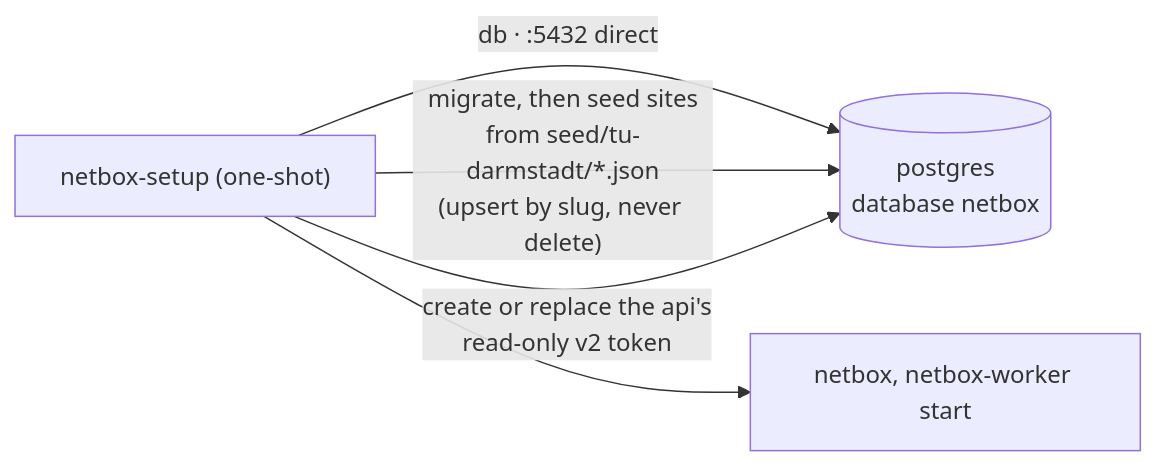
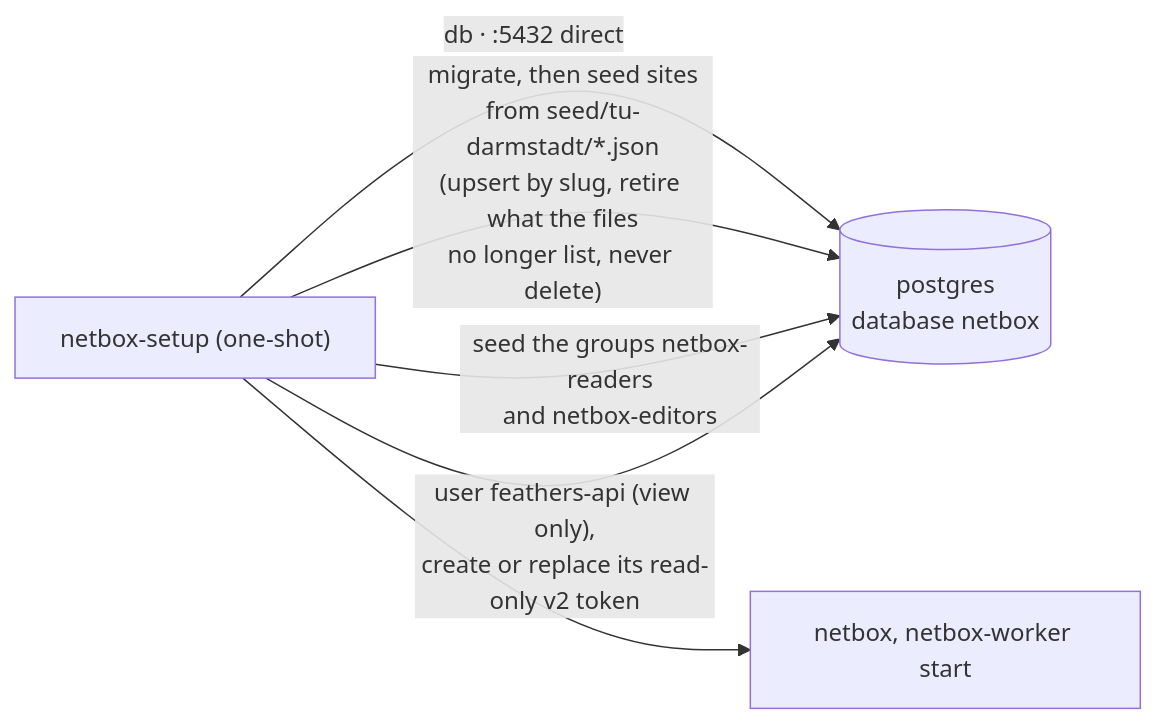
One commit to rabalyn/feathers-skeleton-stack changed the third of 3 diagrams in docs/adr_v2/diagrams/netbox.md. Above: the diagram before and after it, drawn with Mermaid. The commit also changed 9 other files, not shown here.

First line of the commit message:
docs(diagrams): match the pages to the ADRs and the code

````diff
--- a/docs/adr_v2/diagrams/netbox.md
+++ b/docs/adr_v2/diagrams/netbox.md
@@ -51,7 +51,8 @@
 ```mermaid
 flowchart LR
   setup["netbox-setup (one-shot)"] -->|"db · :5432 direct"| pg[("postgres<br>database netbox")]
-  setup -->|"migrate, then seed sites<br>from seed/tu-darmstadt/*.json<br>(upsert by slug, never delete)"| pg
-  setup -->|"create or replace the api's<br>read-only v2 token"| pg
+  setup -->|"migrate, then seed sites<br>from seed/tu-darmstadt/*.json<br>(upsert by slug, retire what the files<br>no longer list, never delete)"| pg
+  setup -->|"seed the groups netbox-readers<br>and netbox-editors"| pg
+  setup -->|"user feathers-api (view only),<br>create or replace its read-only v2 token"| pg
   setup --> start["netbox, netbox-worker start"]
 ```
````
